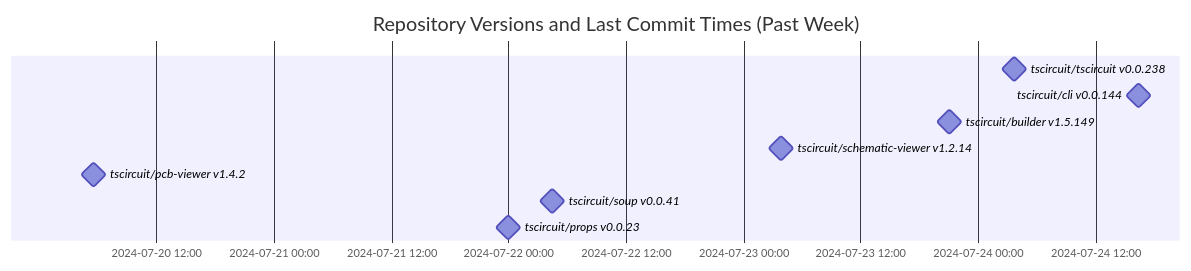
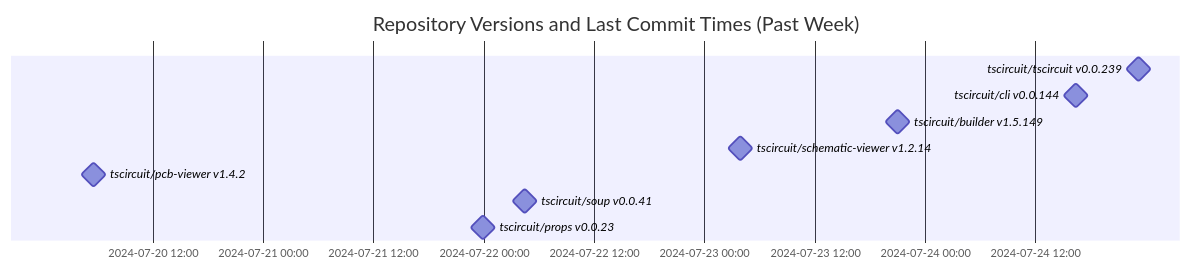
The diagram in README.md (tscircuit/version-tracker), drawn with Mermaid before and after one commit.

Commit message:
Update chart

````diff
--- a/README.md
+++ b/README.md
@@ -1,14 +1,14 @@
 ```mermaid
 gantt
   dateFormat  YYYY-MM-DD HH:mm:ss
   title Repository Versions and Last Commit Times (Past Week)
   axisFormat %Y-%m-%d %H:%M
 
-  tscircuit/tscircuit v0.0.238 : milestone, 2024-07-24 03:42:58, 1s
+  tscircuit/tscircuit v0.0.239 : milestone, 2024-07-24 23:11:16, 1s
   tscircuit/cli v0.0.144 : milestone, 2024-07-24 16:24:13, 1s
   tscircuit/builder v1.5.149 : milestone, 2024-07-23 21:01:43, 1s
   tscircuit/schematic-viewer v1.2.14 : milestone, 2024-07-23 03:50:56, 1s
   tscircuit/pcb-viewer v1.4.2 : milestone, 2024-07-20 05:34:23, 1s
   tscircuit/soup v0.0.41 : milestone, 2024-07-22 04:28:33, 1s
   tscircuit/props v0.0.23 : milestone, 2024-07-21 23:57:13, 1s
 ```
````
